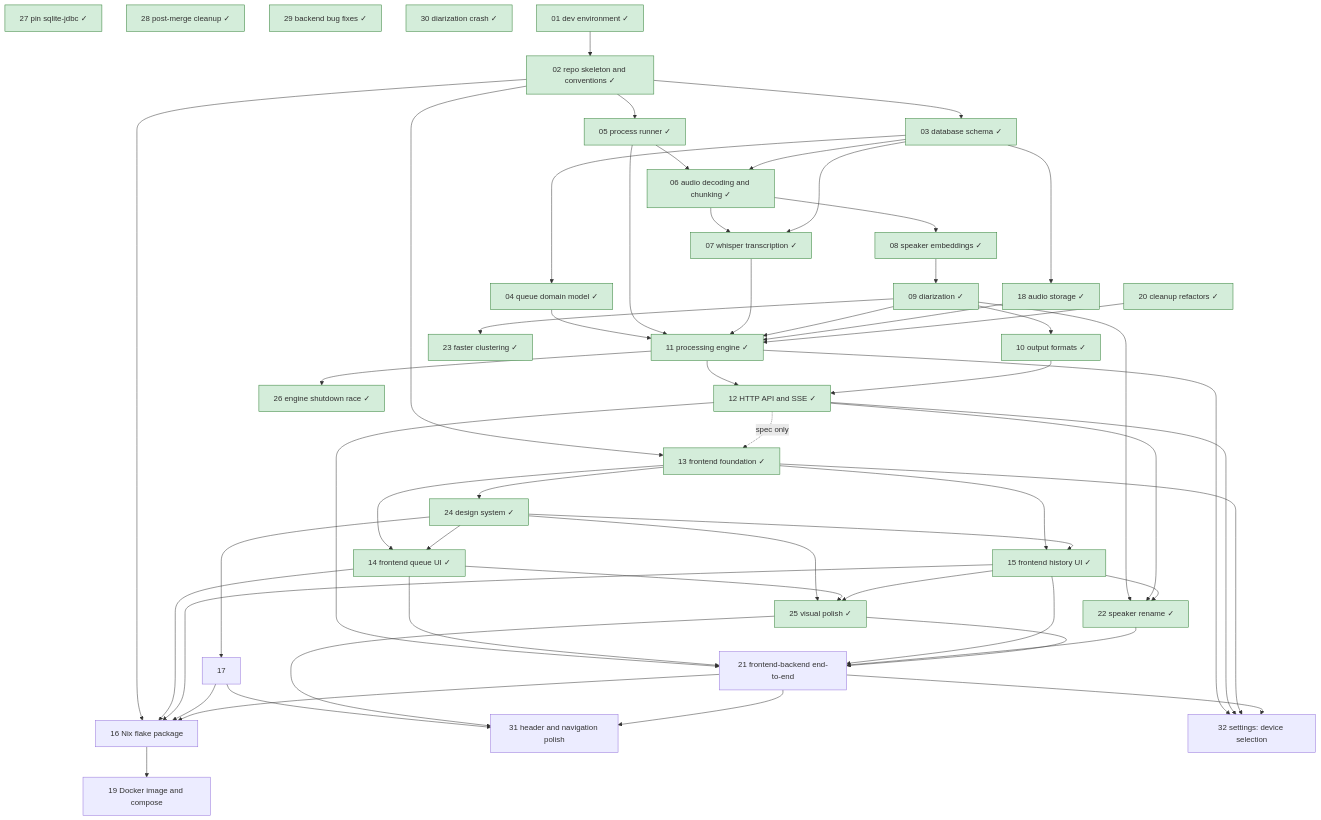
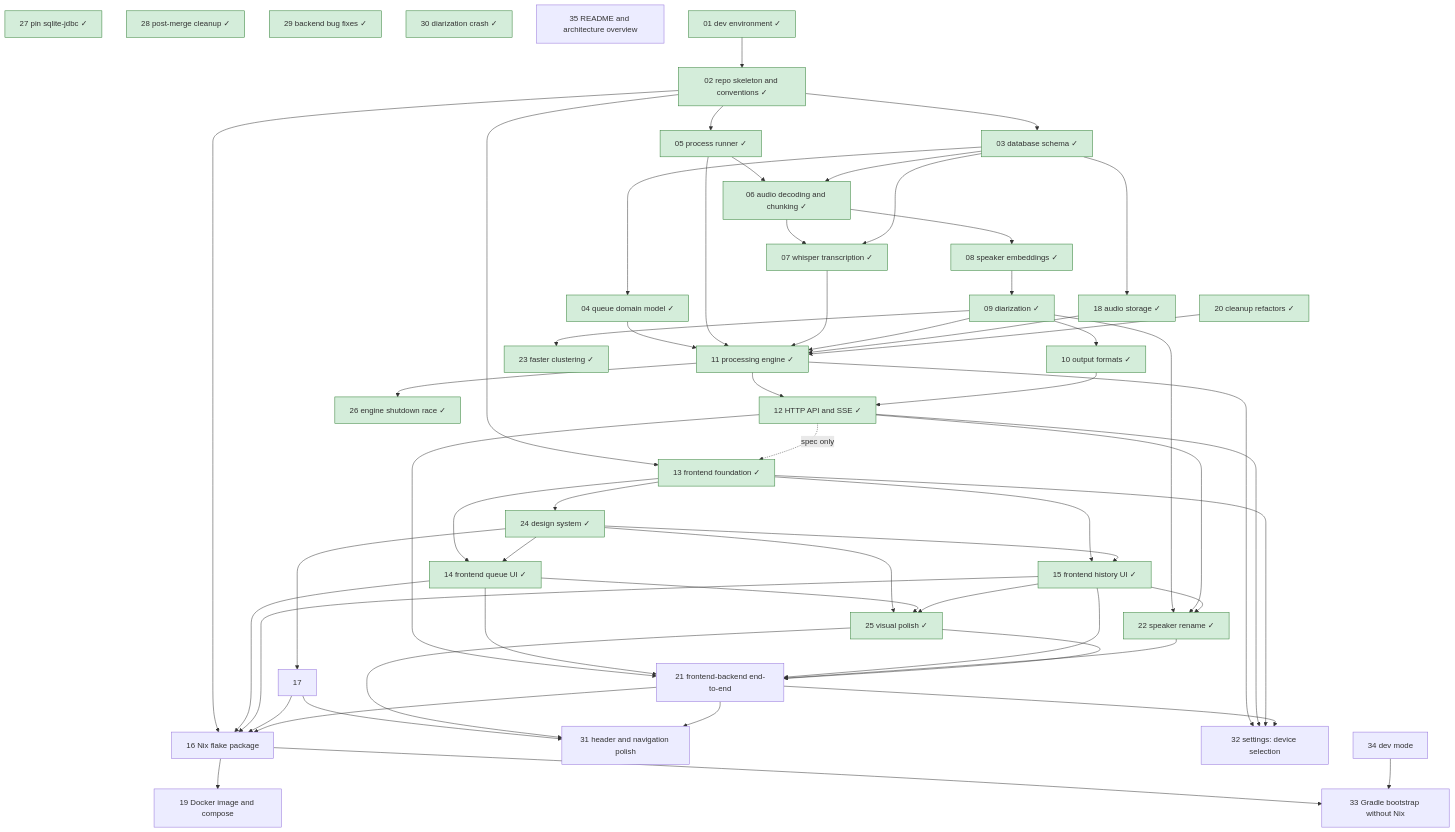
Before and after one commit to lulu-berlin/speech-to-text-app: the diagram in roadmap/README.md, drawn with Mermaid. The commit also changed other lines of this file and 3 other files, not shown here.

Commit message:
Draft items 33 (Gradle bootstrap), 34 (dev mode), 35 (README and architecture)

````diff
--- a/roadmap/README.md
+++ b/roadmap/README.md
@@ -17,63 +17,67 @@
 ```mermaid
 graph TD
   01[01 dev environment ✓]:::done --> 02[02 repo skeleton and conventions ✓]:::done
   02 --> 03[03 database schema ✓]:::done
   03 --> 04[04 queue domain model ✓]:::done
   02 --> 05[05 process runner ✓]:::done
   05 --> 06[06 audio decoding and chunking ✓]:::done
   03 --> 06
   06 --> 07[07 whisper transcription ✓]:::done
   03 --> 07
   06 --> 08[08 speaker embeddings ✓]:::done
   08 --> 09[09 diarization ✓]:::done
   09 --> 10[10 output formats ✓]:::done
   04 --> 11[11 processing engine ✓]:::done
   05 --> 11
   07 --> 11
   09 --> 11
   03 --> 18[18 audio storage ✓]:::done
   18 --> 11
   20 --> 11
   11 --> 12[12 HTTP API and SSE ✓]:::done
   10 --> 12
   02 --> 13[13 frontend foundation ✓]:::done
   12 -. spec only .-> 13
   13 --> 14[14 frontend queue UI ✓]:::done
   13 --> 15[15 frontend history UI ✓]:::done
   02 --> 16[16 Nix flake package]
   14 --> 16
   15 --> 16
   17 --> 16
   20[20 cleanup refactors ✓]:::done
   12 --> 21[21 frontend-backend end-to-end]
   14 --> 21
   15 --> 21
   22 --> 21
   25 --> 21
   16 --> 19[19 Docker image and compose]
   21 --> 16
   09 --> 22[22 speaker rename ✓]:::done
   12 --> 22
   15 --> 22
   09 --> 23[23 faster clustering ✓]:::done
   13 --> 24[24 design system ✓]:::done
   24 --> 14
   24 --> 15
   24 --> 17
   24 --> 25[25 visual polish ✓]:::done
   14 --> 25
   15 --> 25
   11 --> 26[26 engine shutdown race ✓]:::done
   27[27 pin sqlite-jdbc ✓]:::done
   28[28 post-merge cleanup ✓]:::done
   29[29 backend bug fixes ✓]:::done
   30[30 diarization crash ✓]:::done
   17 --> 31[31 header and navigation polish]
   25 --> 31
   21 --> 31
   11 --> 32[32 settings: device selection]
   12 --> 32
   13 --> 32
   21 --> 32
+  16 --> 33[33 Gradle bootstrap without Nix]
+  34 --> 33
+  34[34 dev mode]
+  35[35 README and architecture overview]
   classDef done fill:#d4edda,stroke:#2e7d32
 ```
````
